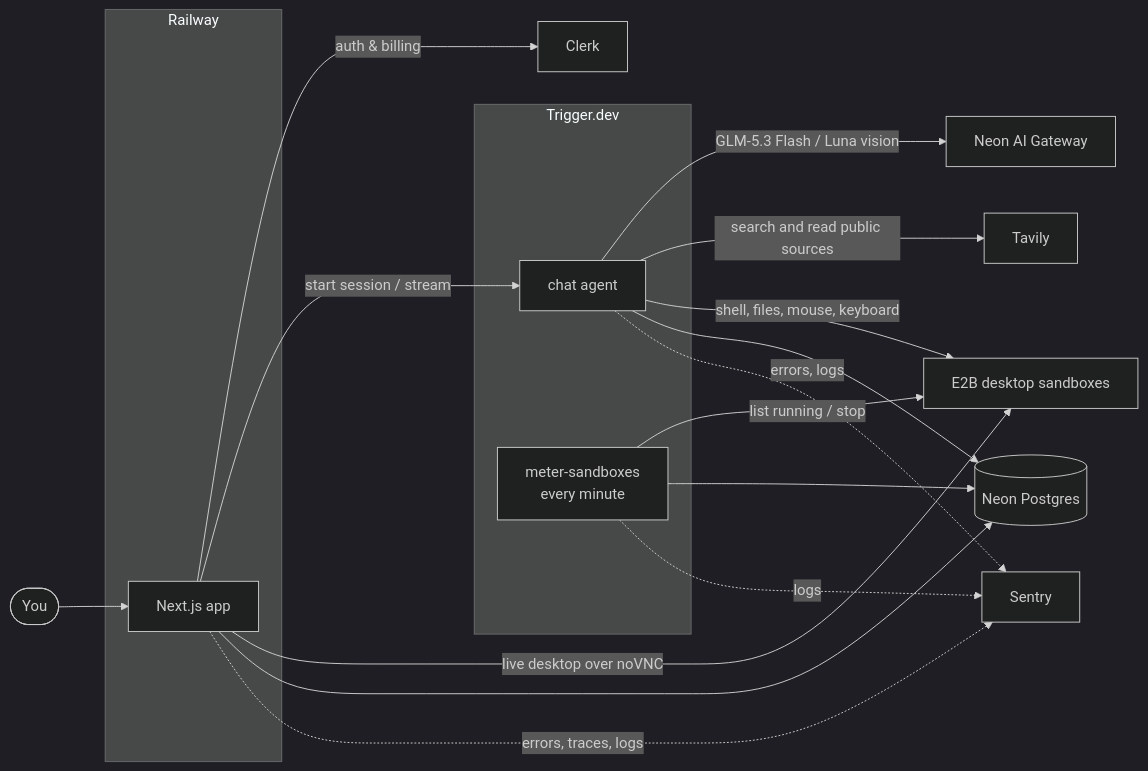
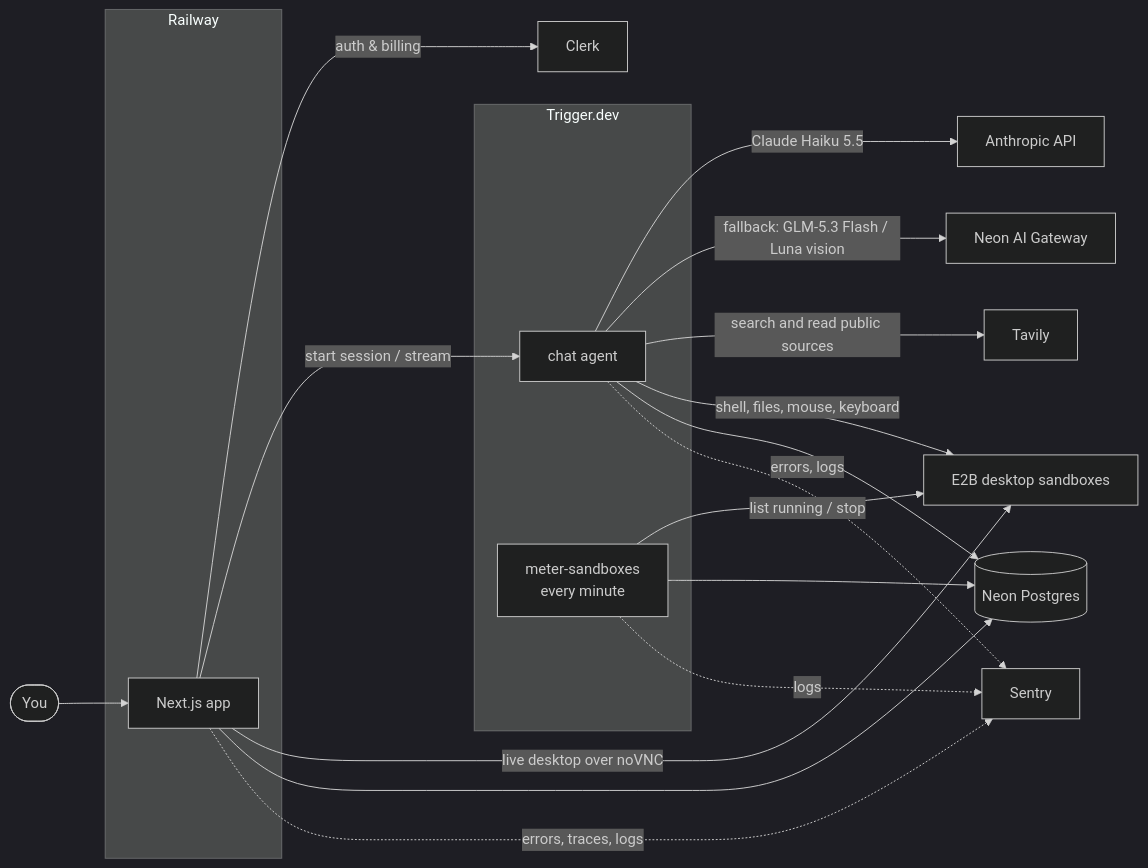
One commit to drewsephski/ai-teammates changed the diagram in README.md. Above: the diagram before and after it, drawn with Mermaid (dark theme). The commit also changed other lines of this file and 12 other files, not shown here.

First line of the commit message:
Answer app-funded model calls with Claude Haiku 5.5 first

````diff
--- a/README.md
+++ b/README.md
@@ -58,30 +58,31 @@
 ```mermaid
 flowchart LR
     U([You]) --> APP
 
     subgraph Railway
         APP[Next.js app]
     end
 
     APP -- auth & billing --> CLERK[Clerk]
     APP -- start session / stream --> AGENT
 
     subgraph Trigger.dev
         AGENT[chat agent]
         METER[meter-sandboxes<br/>every minute]
     end
 
-    AGENT -- GLM-5.3 Flash / Luna vision --> GATEWAY[Neon AI Gateway]
+    AGENT -- Claude Haiku 5.5 --> ANTHROPIC[Anthropic API]
+    AGENT -- fallback: GLM-5.3 Flash / Luna vision --> GATEWAY[Neon AI Gateway]
     AGENT -- search and read public sources --> WEB[Tavily]
     AGENT -- shell, files, mouse, keyboard --> SANDBOX[E2B desktop sandboxes]
     APP -- live desktop over noVNC --> SANDBOX
     METER -- list running / stop --> SANDBOX
 
     APP --> DB[(Neon Postgres)]
     AGENT --> DB
     METER --> DB
 
     APP -. errors, traces, logs .-> SENTRY[Sentry]
     AGENT -. errors, logs .-> SENTRY
     METER -. logs .-> SENTRY
 ```
````
